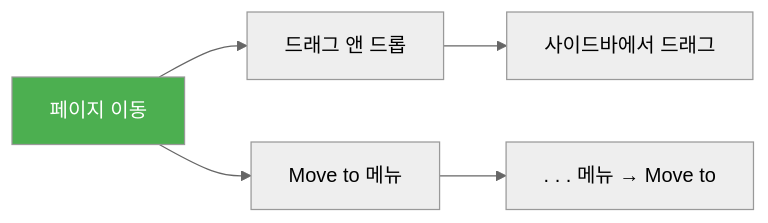
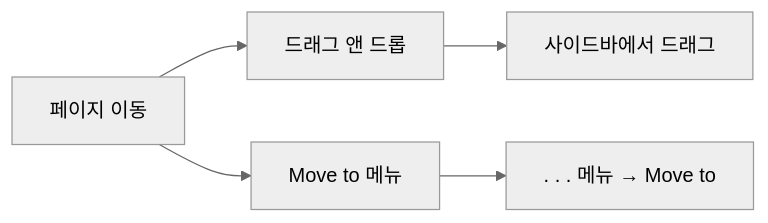
Diagram 16 of 26 in _md/genai-notion/chapter07/07-1.md (nugurejeil/weniVooks), drawn with Mermaid (neutral theme) before and after one commit. The commit also changed other lines of this file and 187 other files, not shown here.

````diff
--- a/_md/genai-notion/chapter07/07-1.md
+++ b/_md/genai-notion/chapter07/07-1.md
@@ -493,10 +463,8 @@
 ```mermaid
 graph LR
     A[페이지 이동] --> B[드래그 앤 드롭]
     A --> C[Move to 메뉴]
 
     B --> B1[사이드바에서 드래그]
     C --> C1[. . . 메뉴 → Move to]
-
-    style A fill:#4CAF50,color:#fff
 ```
````
